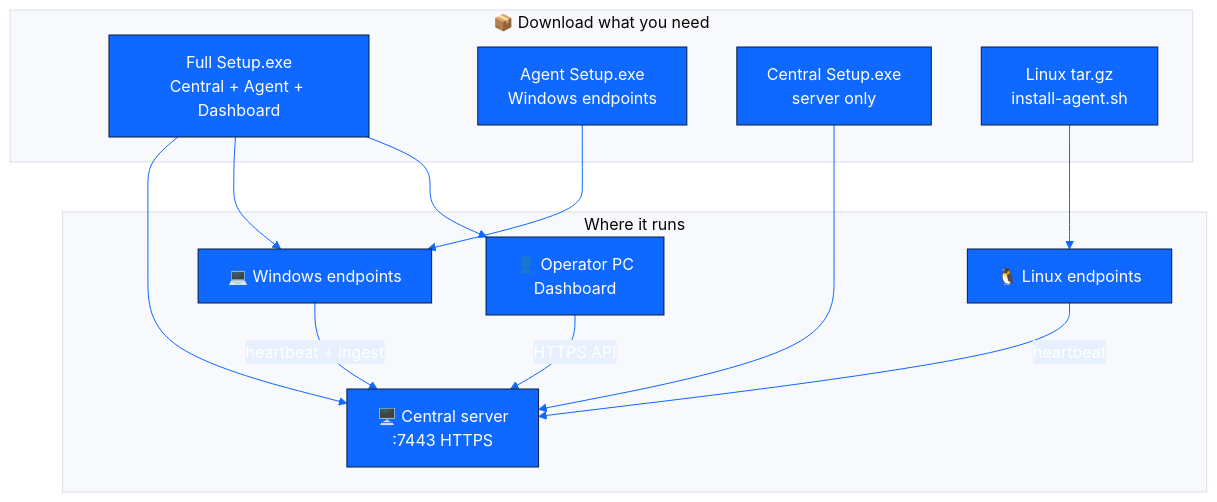
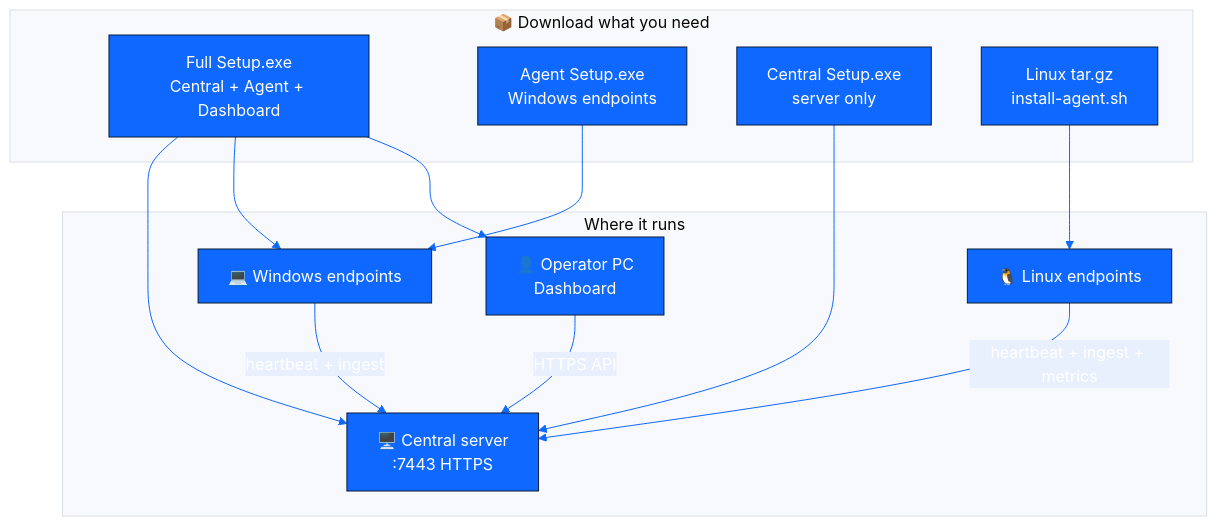
The first of 17 diagrams in README.md (paddman/CherrySentinelAgent), drawn with Mermaid before and after one commit. The commit also changed other lines of this file and 41 other files, not shown here.

````diff
--- a/README.md
+++ b/README.md
@@ -26,25 +26,25 @@
 ```mermaid
 %%{init: {'theme':'base', 'themeVariables': { 'primaryColor':'#0F68FF','primaryTextColor':'#fff','primaryBorderColor':'#071C3D','lineColor':'#0F68FF','secondaryColor':'#E8F0FE','tertiaryColor':'#F7F9FD'}}}%%
 flowchart TB
   subgraph DL["📦 Download what you need"]
     F["Full Setup.exe<br/>Central + Agent + Dashboard"]
     A["Agent Setup.exe<br/>Windows endpoints"]
     C["Central Setup.exe<br/>server only"]
     L["Linux tar.gz<br/>install-agent.sh"]
   end
   subgraph ROLE["Where it runs"]
     Srv["🖥️ Central server<br/>:7443 HTTPS"]
     Win["💻 Windows endpoints"]
     Lin["🐧 Linux endpoints"]
     Ops["👤 Operator PC<br/>Dashboard"]
   end
   F --> Srv
   F --> Win
   F --> Ops
   C --> Srv
   A --> Win
   L --> Lin
   Win -->|heartbeat + ingest| Srv
-  Lin -->|heartbeat| Srv
+  Lin -->|heartbeat + ingest + metrics| Srv
   Ops -->|HTTPS API| Srv
 ```
````
